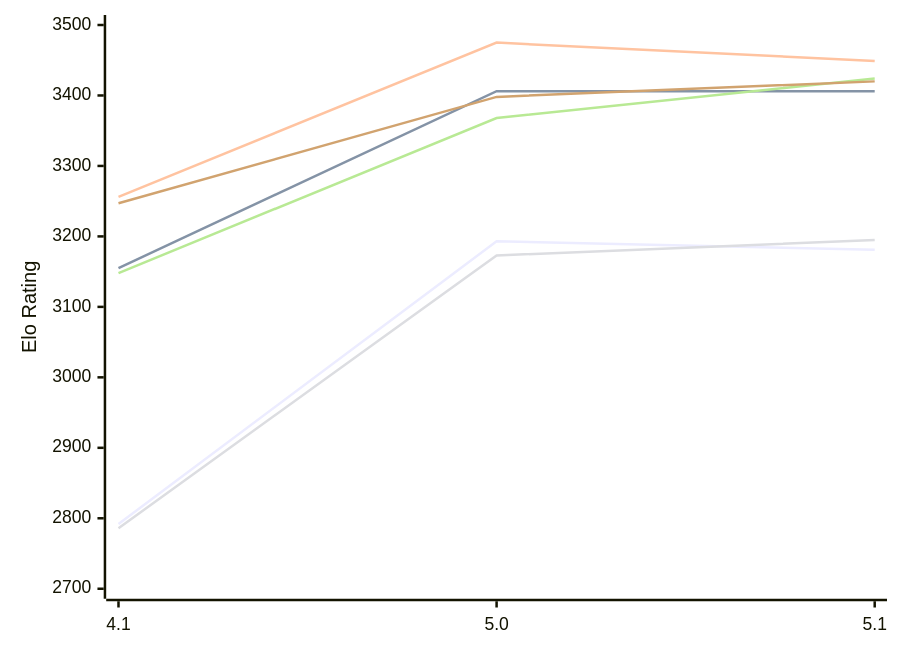
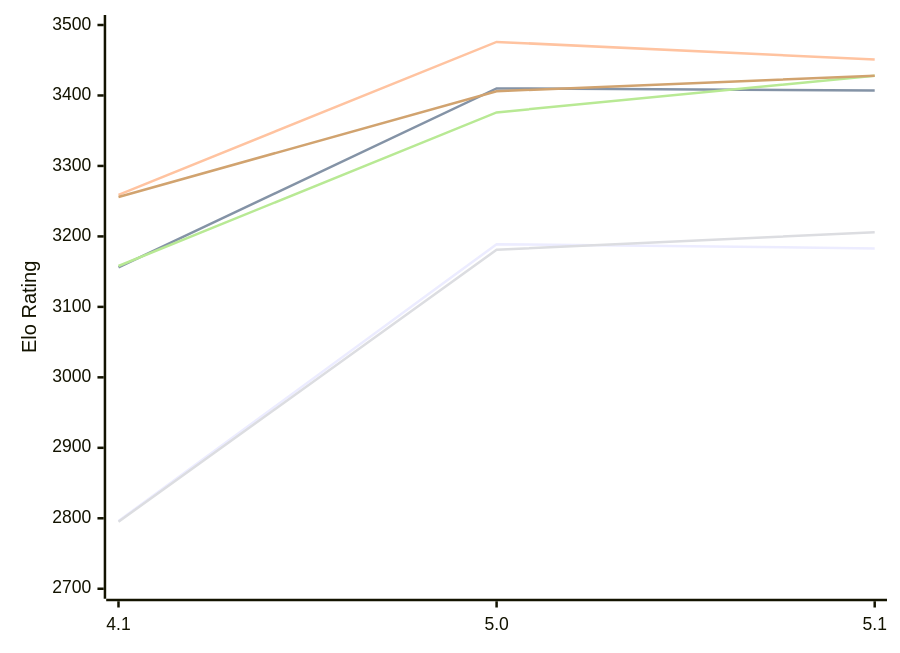
The diagram in engines/NarcNext.md (computer-chess-index/cci), drawn with Mermaid before and after one commit. The commit also changed other lines of this file, not shown here.

Commit message:
Update CCI Ratings (ELO VLTC) - 2026-11-25

````diff
--- a/engines/NarcNext.md
+++ b/engines/NarcNext.md
@@ -51,12 +51,12 @@
 ```mermaid
 %%{init: {"theme":"base","themeVariables":{"seriesColors:['#a3a3a3','#222221','#faa371']}}}%%
 xychart-beta
   x-axis ["4.1", "5.0", "5.1"]
   y-axis "Elo Rating" 2700 --> 3500
-  line "E1: STC (8.0+0.08s)" [2792, 3193, 3181]
-  line "E1: LTC (60.0+0.60s)" [3155, 3406, 3406]
-  line "E1: VLTC (2m24s+1.12s)" [3256, 3475, 3449]
-  line "P1: STC (8.0+0.08s)" [2786, 3173, 3195]
-  line "P1: LTC (60.0+0.60s)" [3148, 3368, 3424]
-  line "P1: VLTC (2m24s+1.12s)" [3247, 3398, 3420]
+  line "E1: STC (8.0+0.08s)" [2796, 3189, 3183]
+  line "E1: LTC (60.0+0.60s)" [3156, 3410, 3407]
+  line "E1: VLTC (2m24s+1.12s)" [3259, 3476, 3451]
+  line "P1: STC (8.0+0.08s)" [2795, 3181, 3206]
+  line "P1: LTC (60.0+0.60s)" [3158, 3376, 3428]
+  line "P1: VLTC (2m24s+1.12s)" [3256, 3406, 3428]
 ```
````
